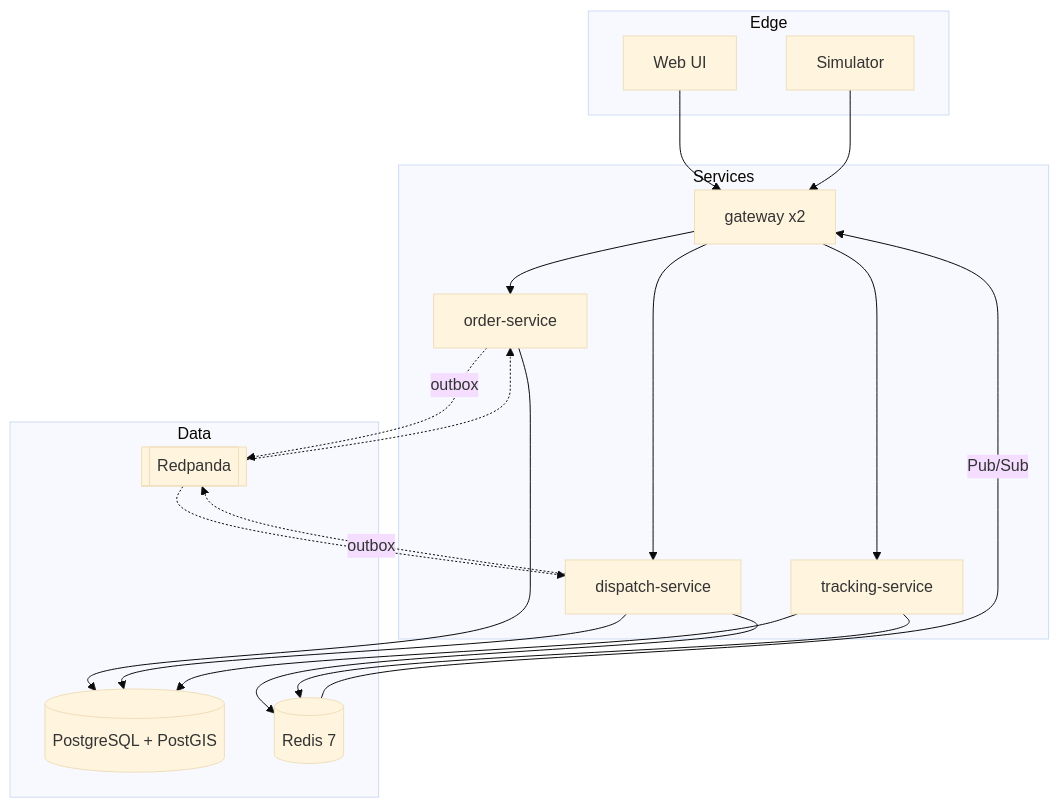
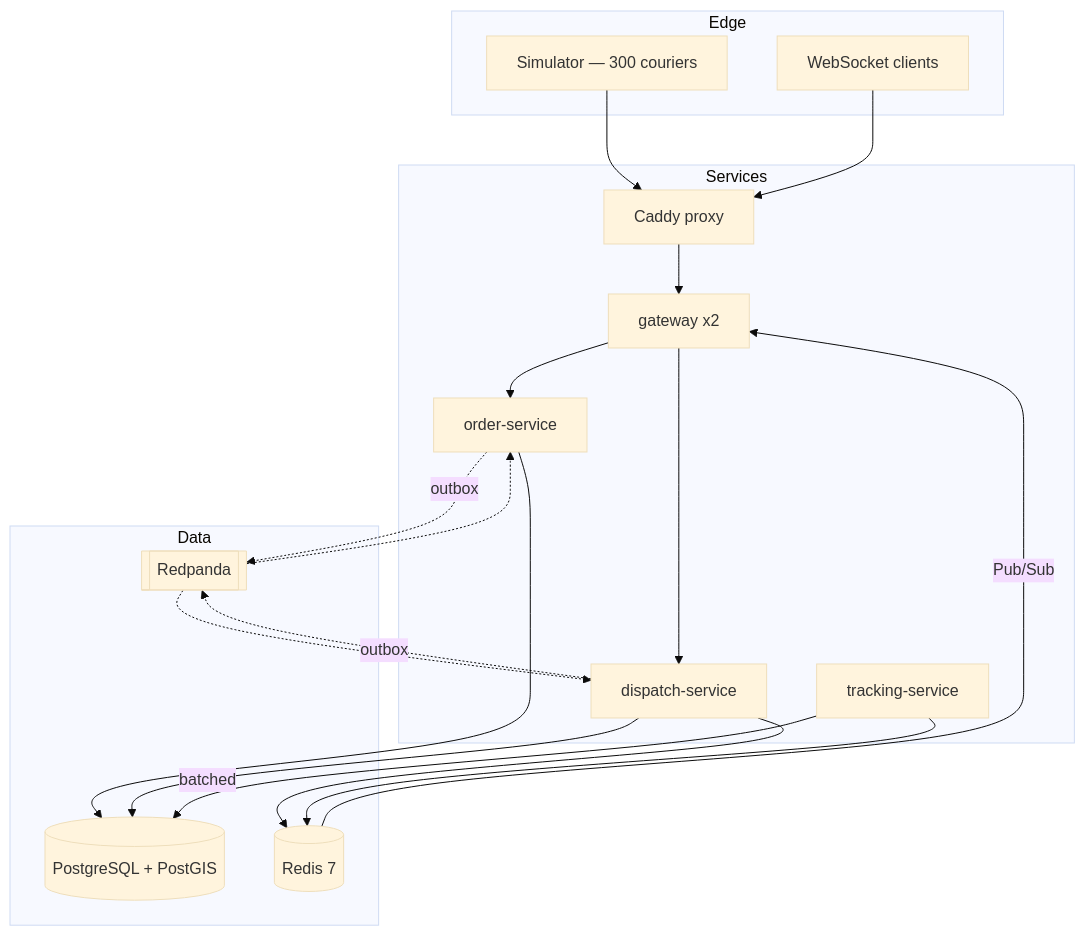
The diagram in README.md (Achraf-Rejouan/wassal), drawn with Mermaid (base theme) before and after one commit. The commit also changed other lines of this file and 10 other files, not shown here.

````diff
--- a/README.md
+++ b/README.md
@@ -61,33 +146,34 @@
 ```mermaid
 flowchart TB
     subgraph edge["Edge"]
-        ui["Web UI"]
-        simc["Simulator"]
+        sim["Simulator — 300 couriers"]
+        ws["WebSocket clients"]
     end
     subgraph svc["Services"]
+        px["Caddy proxy"]
         gw["gateway x2"]
         ords["order-service"]
         disp["dispatch-service"]
         trk["tracking-service"]
     end
     subgraph data["Data"]
         pg[("PostgreSQL + PostGIS")]
         rds[("Redis 7")]
         kfk[["Redpanda"]]
     end
-    ui --> gw
-    simc --> gw
+    sim --> px
+    ws --> px
+    px --> gw
     gw --> ords
     gw --> disp
-    gw --> trk
     ords --> pg
     disp --> pg
     disp --> rds
     trk --> rds
-    trk --> pg
+    trk -->|batched| pg
     ords -.->|outbox| kfk
     disp -.->|outbox| kfk
     kfk -.-> disp
     kfk -.-> ords
     rds -->|"Pub/Sub"| gw
 ```
````
